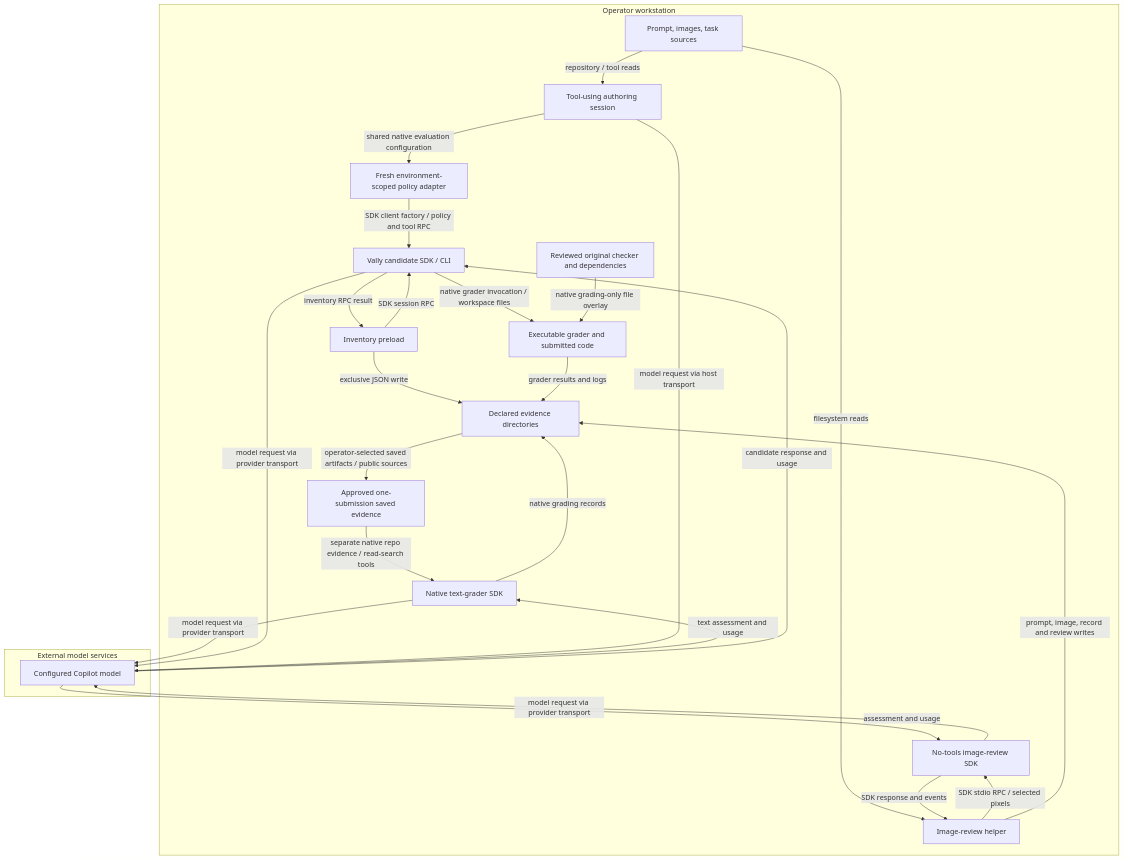
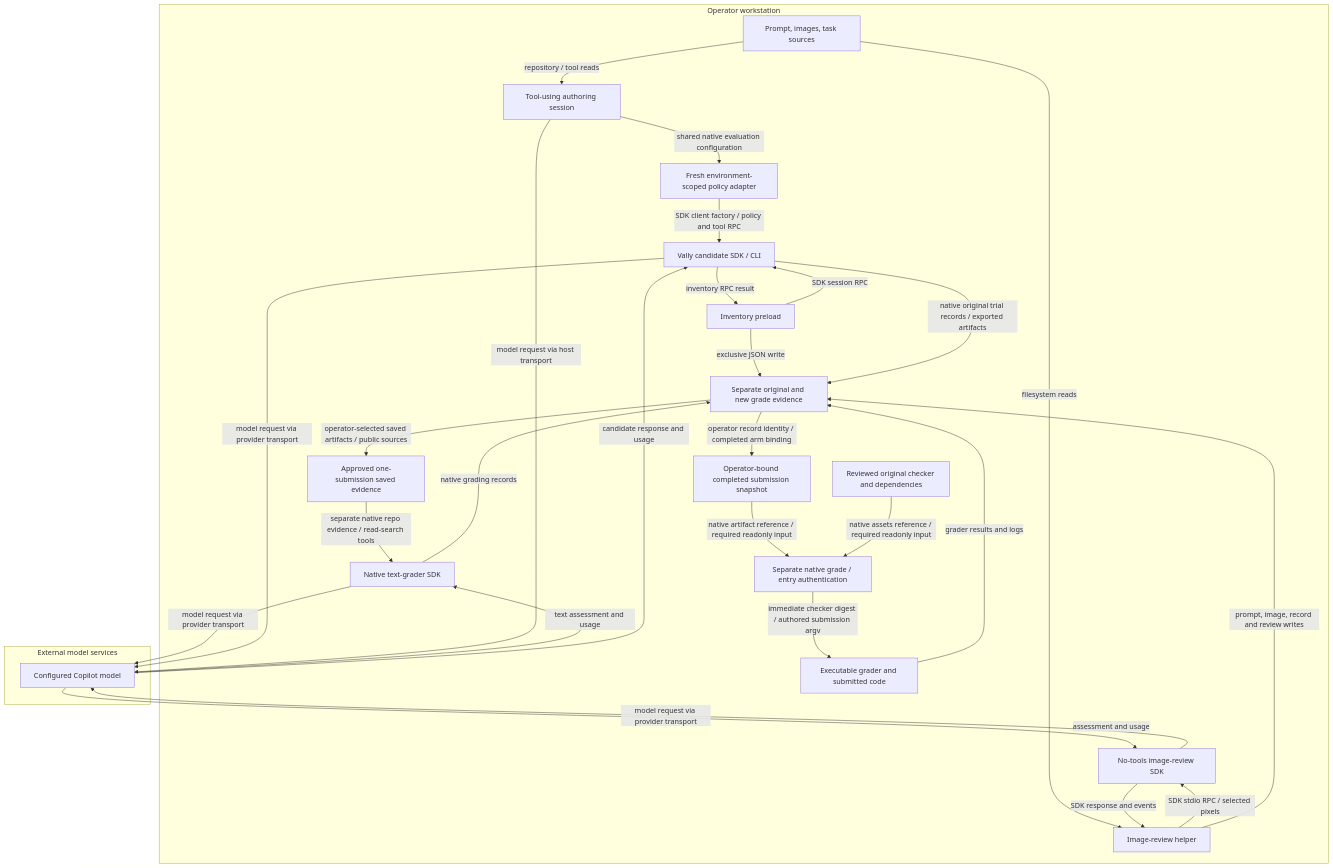
One commit to dmavroeid/hve-core changed the diagram in .github/skills/hve-core/skill-effectiveness/SECURITY.md. Above: the diagram before and after it, drawn with Mermaid. The commit also changed other lines of this file and 8 other files, not shown here.

````diff
--- a/.github/skills/hve-core/skill-effectiveness/SECURITY.md
+++ b/.github/skills/hve-core/skill-effectiveness/SECURITY.md
@@ -108,45 +111,50 @@
 ```mermaid
 flowchart TD
     accTitle: Skill Effectiveness Security Data Flow
     accDescr: Current tool-using authoring and native candidates share the workstation trust zone with executable graders and writable evidence; separate no-tools image review sends selected inputs to external model services. No candidate or grader sandbox is asserted.
     subgraph HOST["Operator workstation"]
         INPUT["Prompt, images, task sources"]
         AUTHOR["Tool-using authoring session"]
         POLICY["Fresh environment-scoped policy adapter"]
         INV["Inventory preload"]
         REVIEW["Image-review helper"]
         CLI["Vally candidate SDK / CLI"]
         TEXT["Native text-grader SDK"]
         JUDGE["No-tools image-review SDK"]
         CHECK["Executable grader and submitted code"]
+        GRADE["Separate native grade / entry authentication"]
+        SNAP["Operator-bound completed submission snapshot"]
         PRIVATE["Reviewed original checker and dependencies"]
         SAVED["Approved one-submission saved evidence"]
-        OUT["Declared evidence directories"]
+        OUT["Separate original and new grade evidence"]
     end
     subgraph SERVICE["External model services"]
         MODEL["Configured Copilot model"]
     end
     INPUT -->|"repository / tool reads"| AUTHOR
     AUTHOR -->|"shared native evaluation configuration"| POLICY
     POLICY -->|"SDK client factory / policy and tool RPC"| CLI
     INPUT -->|"filesystem reads"| REVIEW
     INV -->|"SDK session RPC"| CLI
     CLI -->|"inventory RPC result"| INV
     INV -->|"exclusive JSON write"| OUT
-    CLI -->|"native grader invocation / workspace files"| CHECK
-    PRIVATE -->|"native grading-only file overlay"| CHECK
+    CLI -->|"native original trial records / exported artifacts"| OUT
+    OUT -->|"operator record identity / completed arm binding"| SNAP
+    SNAP -->|"native artifact reference / required readonly input"| GRADE
+    PRIVATE -->|"native assets reference / required readonly input"| GRADE
+    GRADE -->|"immediate checker digest / authored submission argv"| CHECK
     CHECK -->|"grader results and logs"| OUT
     OUT -->|"operator-selected saved artifacts / public sources"| SAVED
     SAVED -->|"separate native repo evidence / read-search tools"| TEXT
     TEXT -->|"model request via provider transport"| MODEL
     MODEL -->|"text assessment and usage"| TEXT
     TEXT -->|"native grading records"| OUT
     REVIEW -->|"SDK stdio RPC / selected pixels"| JUDGE
     CLI -->|"model request via provider transport"| MODEL
     AUTHOR -->|"model request via host transport"| MODEL
     JUDGE -->|"model request via provider transport"| MODEL
     MODEL -->|"candidate response and usage"| CLI
     MODEL -->|"assessment and usage"| JUDGE
     JUDGE -->|"SDK response and events"| REVIEW
     REVIEW -->|"prompt, image, record and review writes"| OUT
 ```
````
